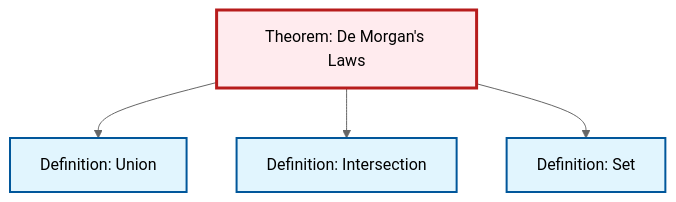
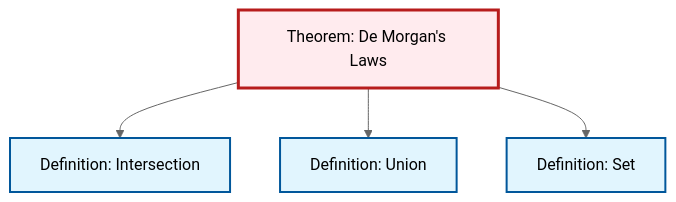
The diagram in content/ja/logic-set-theory/thm-de-morgan.qmd (RK0429/ModernMath), drawn with Mermaid (neutral theme) before and after one commit. The commit also changed other lines of this file and 619 other files, not shown here.

````diff
--- a/content/ja/logic-set-theory/thm-de-morgan.qmd
+++ b/content/ja/logic-set-theory/thm-de-morgan.qmd
@@ -79,20 +79,20 @@
 ```{mermaid}
 %%| fig-cap: "Local dependency graph"
 graph TD
     classDef definition fill:#e1f5fe,stroke:#01579b,stroke-width:2px
     classDef theorem fill:#f3e5f5,stroke:#4a148c,stroke-width:2px
     classDef axiom fill:#fff3e0,stroke:#e65100,stroke-width:2px
     classDef example fill:#e8f5e9,stroke:#1b5e20,stroke-width:2px
     classDef current fill:#ffebee,stroke:#b71c1c,stroke-width:3px
+    def-intersection["Definition: Intersection"]:::definition
+    thm-de-morgan["Theorem: De Morgan's Laws"]:::theorem
     def-union["Definition: Union"]:::definition
     def-set["Definition: Set"]:::definition
-    thm-de-morgan["Theorem: De Morgan's Laws"]:::theorem
-    def-intersection["Definition: Intersection"]:::definition
+    thm-de-morgan --> def-intersection
     thm-de-morgan --> def-union
-    thm-de-morgan --> def-intersection
     thm-de-morgan --> def-set
     class thm-de-morgan current
+    click def-intersection "def-intersection.html" "Definition: Intersectionへ"
     click def-union "def-union.html" "Definition: Unionへ"
     click def-set "def-set.html" "Definition: Setへ"
-    click def-intersection "def-intersection.html" "Definition: Intersectionへ"
 ```
````
